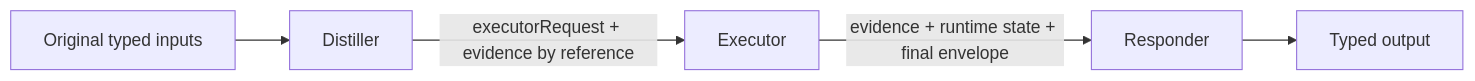
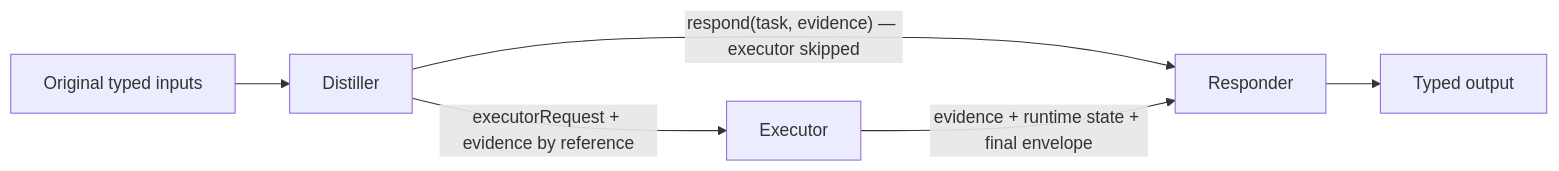
The first of 2 diagrams in website/content-src/templates/agents-internals.md (ax-llm/ax), drawn with Mermaid before and after one commit. The commit also changed other lines of this file and 8 other files, not shown here.

````diff
--- a/website/content-src/templates/agents-internals.md
+++ b/website/content-src/templates/agents-internals.md
@@ -9,7 +9,8 @@
 ```mermaid
 flowchart LR
   A[Original typed inputs] --> B[Distiller]
   B -->|executorRequest + evidence by reference| C[Executor]
+  B -->|"respond(task, evidence) — executor skipped"| D
   C -->|evidence + runtime state + final envelope| D[Responder]
   D --> E[Typed output]
 ```
````
